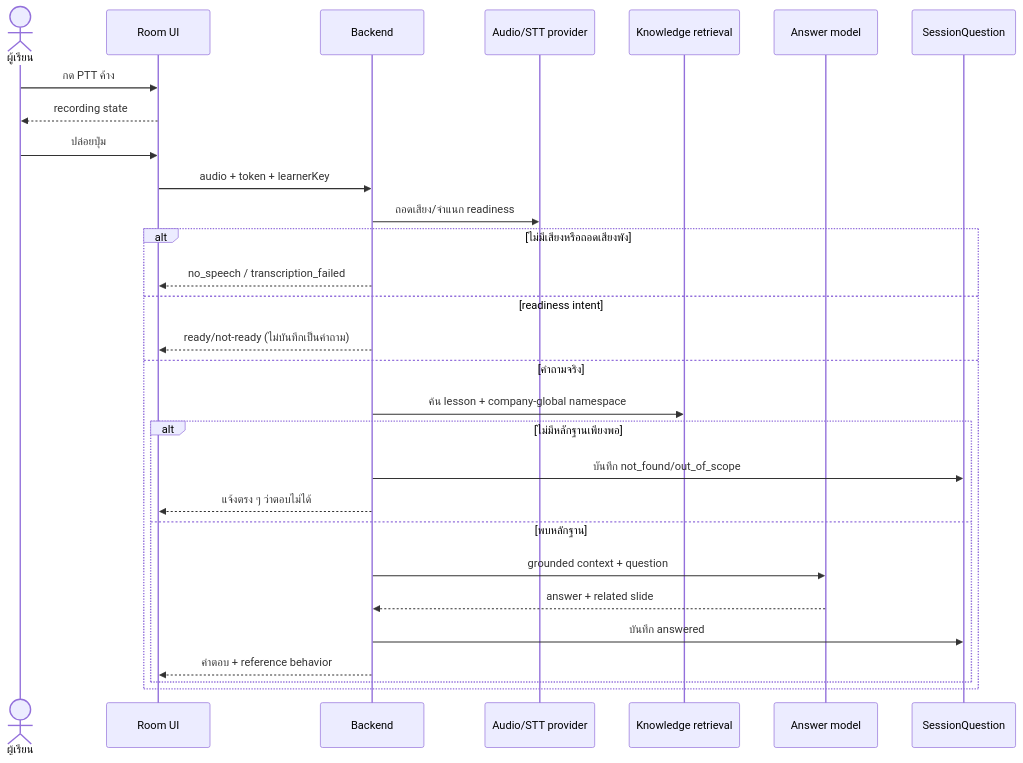
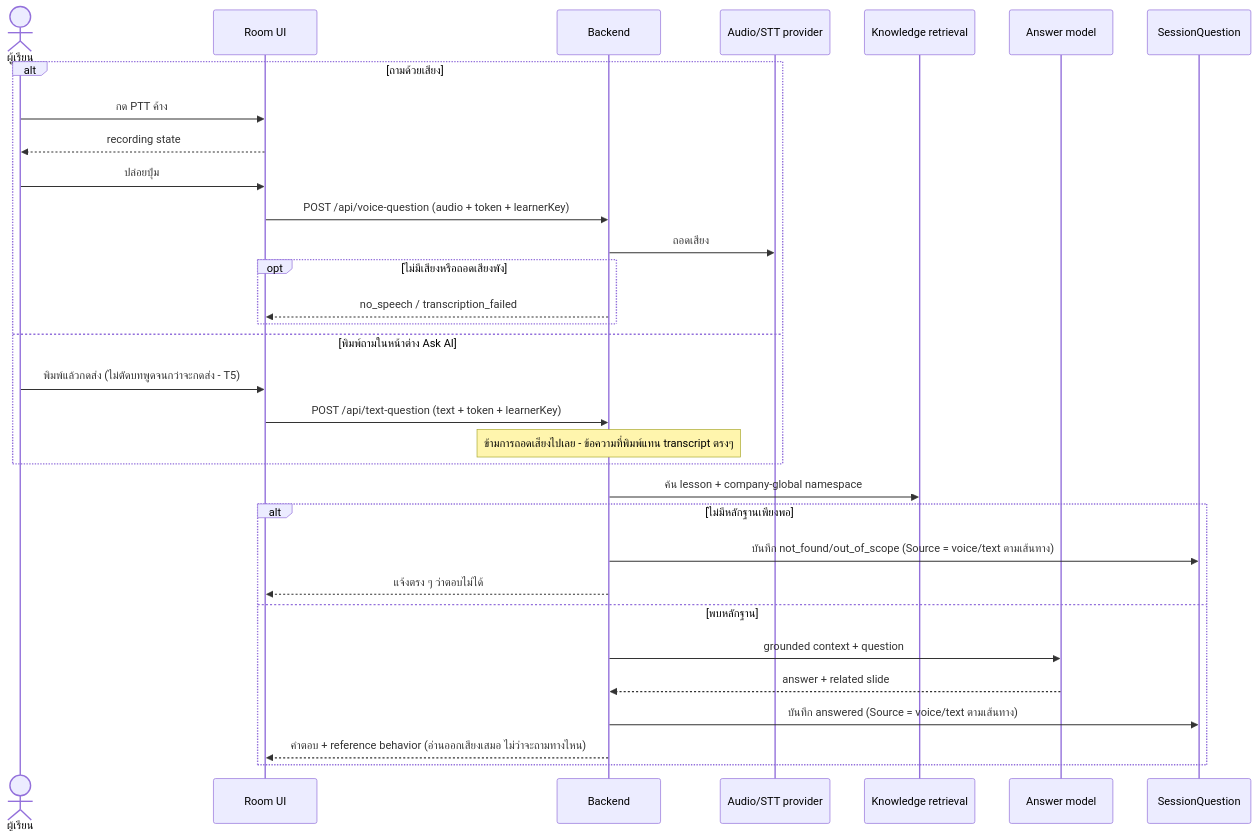
Before and after one commit to Sathaporn24/sb_supportroom: the third of 10 diagrams in docs/UX_UI_WORKFLOWS.md, drawn with Mermaid. The commit also changed other lines of this file and 183 other files, not shown here.

````diff
--- a/docs/UX_UI_WORKFLOWS.md
+++ b/docs/UX_UI_WORKFLOWS.md
@@ -61,32 +61,35 @@
 ```mermaid
 sequenceDiagram
     actor L as ผู้เรียน
     participant UI as Room UI
     participant API as Backend
     participant STT as Audio/STT provider
     participant KB as Knowledge retrieval
     participant AI as Answer model
     participant DB as SessionQuestion
 
-    L->>UI: กด PTT ค้าง
-    UI-->>L: recording state
-    L->>UI: ปล่อยปุ่ม
-    UI->>API: audio + token + learnerKey
-    API->>STT: ถอดเสียง/จำแนก readiness
-    alt ไม่มีเสียงหรือถอดเสียงพัง
-        API-->>UI: no_speech / transcription_failed
-    else readiness intent
-        API-->>UI: ready/not-ready (ไม่บันทึกเป็นคำถาม)
-    else คำถามจริง
-        API->>KB: ค้น lesson + company-global namespace
-        alt ไม่มีหลักฐานเพียงพอ
-            API->>DB: บันทึก not_found/out_of_scope
-            API-->>UI: แจ้งตรง ๆ ว่าตอบไม่ได้
-        else พบหลักฐาน
-            API->>AI: grounded context + question
-            AI-->>API: answer + related slide
-            API->>DB: บันทึก answered
-            API-->>UI: คำตอบ + reference behavior
+    alt ถามด้วยเสียง
+        L->>UI: กด PTT ค้าง
+        UI-->>L: recording state
+        L->>UI: ปล่อยปุ่ม
+        UI->>API: POST /api/voice-question (audio + token + learnerKey)
+        API->>STT: ถอดเสียง
+        opt ไม่มีเสียงหรือถอดเสียงพัง
+            API-->>UI: no_speech / transcription_failed
         end
+    else พิมพ์ถามในหน้าต่าง Ask AI
+        L->>UI: พิมพ์แล้วกดส่ง (ไม่ตัดบทพูดจนกว่าจะกดส่ง - T5)
+        UI->>API: POST /api/text-question (text + token + learnerKey)
+        Note over API: ข้ามการถอดเสียงไปเลย - ข้อความที่พิมพ์แทน transcript ตรงๆ
+    end
+    API->>KB: ค้น lesson + company-global namespace
+    alt ไม่มีหลักฐานเพียงพอ
+        API->>DB: บันทึก not_found/out_of_scope (Source = voice/text ตามเส้นทาง)
+        API-->>UI: แจ้งตรง ๆ ว่าตอบไม่ได้
+    else พบหลักฐาน
+        API->>AI: grounded context + question
+        AI-->>API: answer + related slide
+        API->>DB: บันทึก answered (Source = voice/text ตามเส้นทาง)
+        API-->>UI: คำตอบ + reference behavior (อ่านออกเสียงเสมอ ไม่ว่าจะถามทางไหน)
     end
 ```
````
